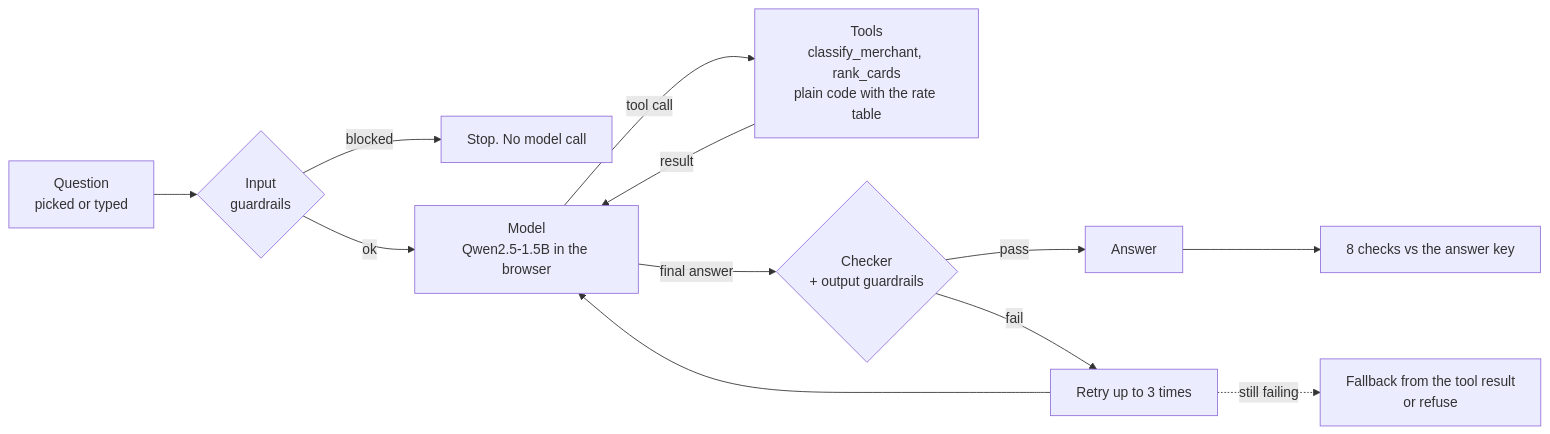
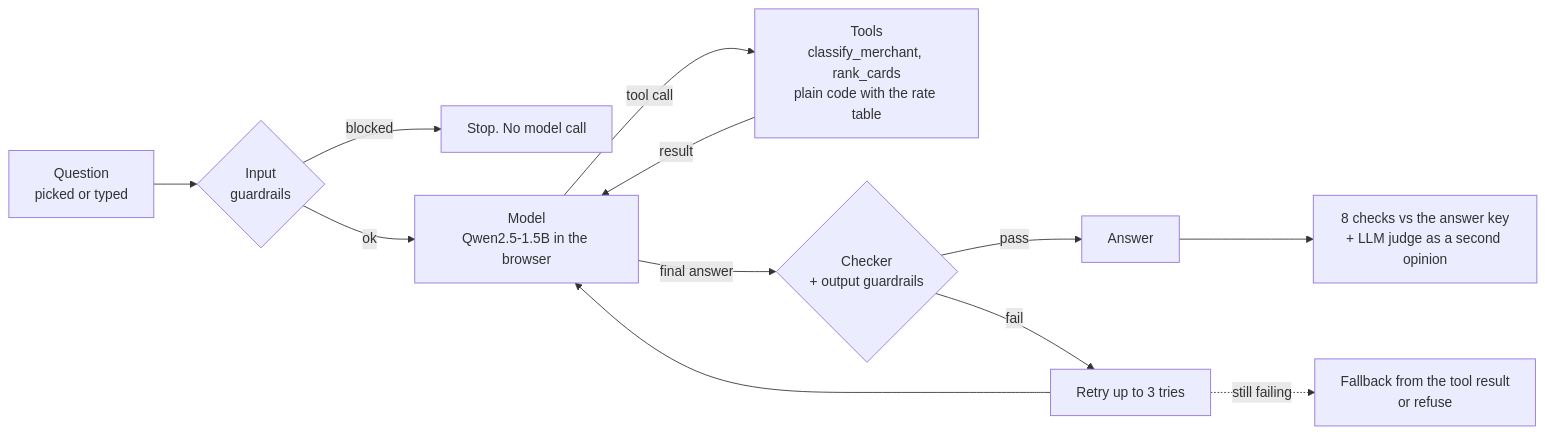
Before and after one commit to itsnoobj/evals-labs: the diagram in README.md, drawn with Mermaid. The commit also changed other lines of this file and 13 other files, not shown here.

````diff
--- a/README.md
+++ b/README.md
@@ -51,14 +51,14 @@
 ```mermaid
 flowchart LR
     Q[Question<br>picked or typed] --> G{Input<br>guardrails}
     G -- blocked --> X[Stop. No model call]
     G -- ok --> M[Model<br>Qwen2.5-1.5B in the browser]
     M -- tool call --> T[Tools<br>classify_merchant, rank_cards<br>plain code with the rate table]
     T -- result --> M
     M -- final answer --> C{Checker<br>+ output guardrails}
     C -- pass --> A[Answer]
-    C -- fail --> R[Retry up to 3 times]
+    C -- fail --> R[Retry up to 3 tries]
     R --> M
     R -. still failing .-> F[Fallback from the tool result<br>or refuse]
-    A --> E[8 checks vs the answer key]
+    A --> E[8 checks vs the answer key<br>+ LLM judge as a second opinion]
 ```
````
